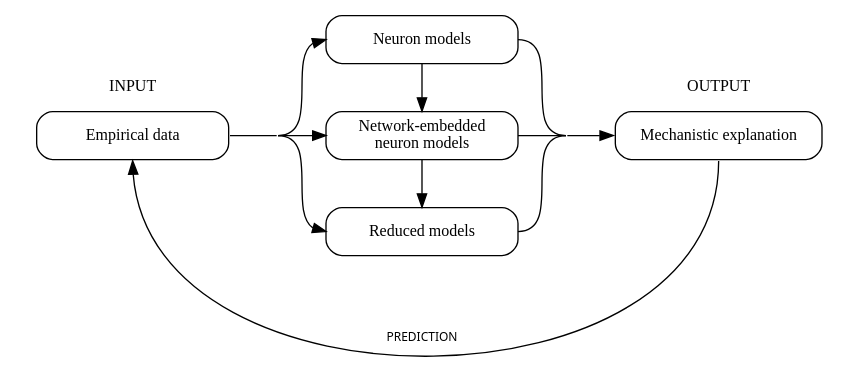
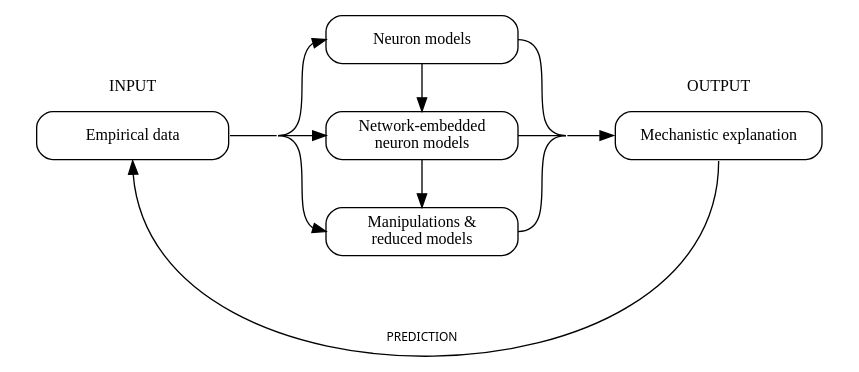
Before and after one commit to mpinb/in_silico_framework: the diagram in docs/isf_overview.rst, drawn with Graphviz. The commit also changed 1 other file, not shown here.

Commit message:
Update diagram and tutorial titles

```diff
--- a/docs/isf_overview.rst
+++ b/docs/isf_overview.rst
@@ -1,75 +1,79 @@
 .. graphviz::
    :alt: High-level ISF overview
    :align: center
 
-  
     digraph "sphinx-ext-graphviz" {
       compound=true
       rankdir="LR"
       concentrate=true
       ranksep=1
       graph [fontname="Verdana", fontsize="12"]
       node [fontname="Verdana", fontsize="12", shape=box]
       edge [fontname="Sans", fontsize="9"]
 
         input [
-            label="Empirical data", 
-            style=rounded, 
+            label="Empirical data"
+            style=rounded
             color="var(--md-default-fg-color--light, grey)"
-            width=2]
+            width=2
+            ]
         neuron [
-            label="Neuron models",
-            href="tutorials/1. neuron models/1.3 Generation.html",
-            style=rounded, 
+            label="Neuron models"
+            href="tutorials.html#neuron-models"
+            style=rounded
             color="var(--md-default-fg-color--light, grey)"
-            width=2]
+            width=2
+            ]
         msm [
-            label="Network-embedded \n neuron models", 
-            href="tutorials/3. multiscale models/3.1 Multiscale modeling.html",
-            style=rounded, 
+            label="Network-embedded\n neuron models"
+            href="tutorials.html#network-embedded-neuron-models"
+            style=rounded
             color="var(--md-default-fg-color--light, grey)"
-            width=2]
-        red [
-            label="Reduced models",
-            href="tutorials/4. reduced models/4.2 Reduced Models.html",
-            style=rounded, 
+            width=2
+            ]
+        analysis [
+            label="Manipulations &\nreduced models"
+            href="tutorials.html#manipulations-reduced-models"
+            style=rounded
             color="var(--md-default-fg-color--light, grey)"
-            width=2]
+            width=2
+            ]
         output [
-            label="Mechanistic explanation",
-            style=rounded, 
+            label="Mechanistic explanation"
+            style=rounded
             color="var(--md-default-fg-color--light, grey)"
-            wdith=2]
+            wdith=2
+            ]
 
         subgraph cluster_input {
             color=None
             label="INPUT"
             input
         }
         
         subgraph cluster_output {
             color=None
             label="OUTPUT"
             output
         }
 
         {
             rank=same
-            neuron -> msm -> red [constraint=false]
+            neuron -> msm -> analysis [constraint=false]
         }
 
-        input -> neuron [tailport=e, headport=w]
-        input -> msm [tailport = e, headport=w]
-        input -> red [tailport=e, headport=w]
-        neuron -> output [headport=w, tailport=e]
-        msm -> output [headport=w, tailport=e]
-        red -> output [headport=w, tailport=e]
+        input -> neuron     [tailport=e, headport=w]
+        input -> msm        [tailport=e, headport=w]
+        input -> analysis   [tailport=e, headport=w]
+        neuron -> output    [headport=w, tailport=e]
+        msm -> output       [headport=w, tailport=e]
+        analysis -> output  [headport=w, tailport=e]
         output -> input [
-            headport=s, 
-            tailport=s, 
-            constraint=false, 
-            color="var(--md-accent-fg-color, red)", 
-            fontcolor="var(--md-accent-fg-color, red)", 
+            headport=s
+            tailport=s
+            constraint=false
+            color="var(--md-accent-fg-color, red)"
+            fontcolor="var(--md-accent-fg-color, red)"
             label=PREDICTION
             ]
         }
```
